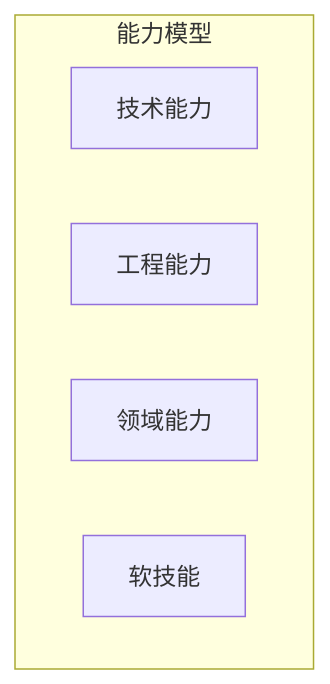
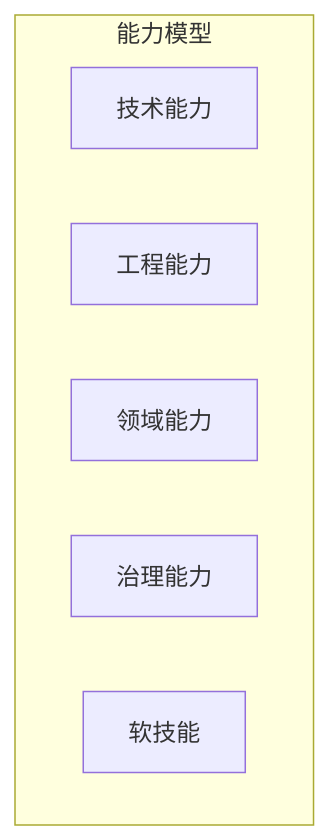
One commit to yeasy/context_engineering_guide changed the diagram in 15_future/15.4_becoming_expert.md. Above: the diagram before and after it, drawn with Mermaid. The commit also changed other lines of this file and 33 other files, not shown here.

````diff
--- a/15_future/15.4_becoming_expert.md
+++ b/15_future/15.4_becoming_expert.md
@@ -7,9 +7,10 @@
 ```mermaid
 graph TB
     subgraph "能力模型"
         A["技术能力"]
         B["工程能力"]
         C["领域能力"]
-        D["软技能"]
+        D["治理能力"]
+        E["软技能"]
     end
 ```
````
